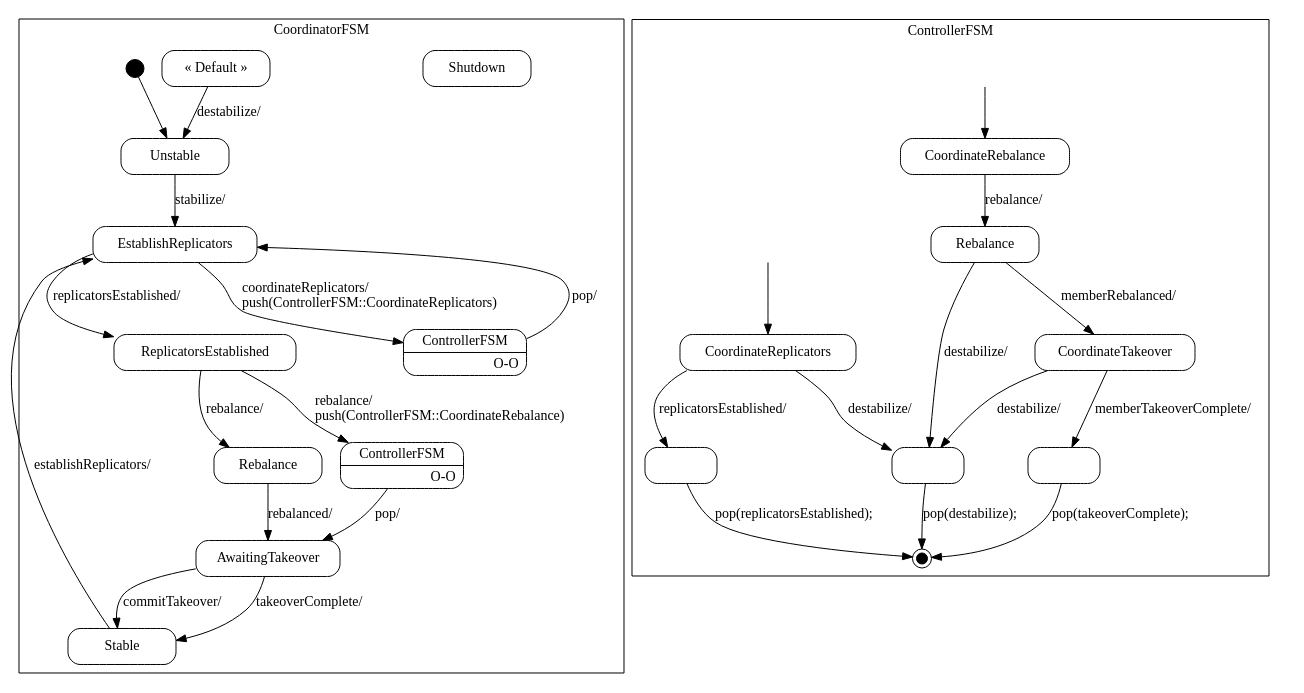
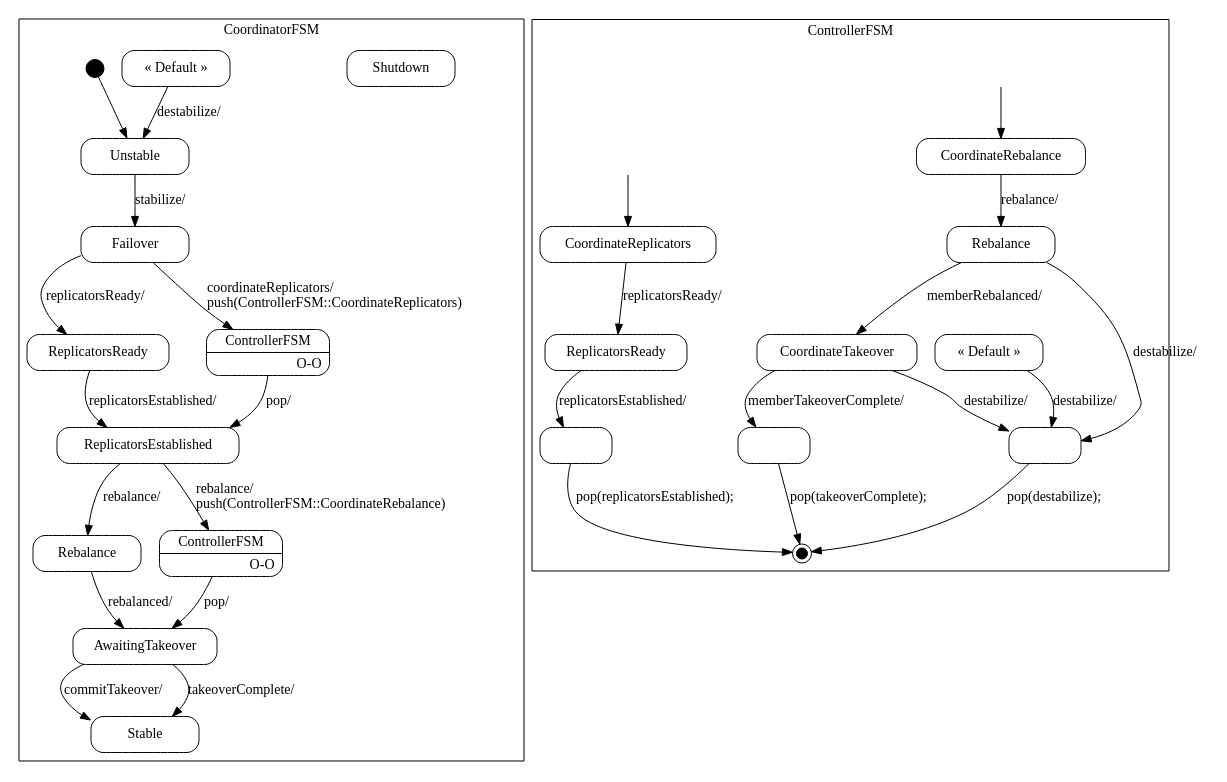
The diagram in spindle/doc/Coordinator_sm.dot (vmehra-sfdc/Ouroboros), drawn with Graphviz before and after one commit. The commit also changed 10 other files, not shown here.

Commit message:
Establish replicators in 2 phases to correctly handle single connections between processes.

```diff
--- a/spindle/doc/Coordinator_sm.dot
+++ b/spindle/doc/Coordinator_sm.dot
@@ -1,169 +1,181 @@
 digraph Coordinator_sm {
 
     node
         [shape=Mrecord width=1.5];
 
     subgraph cluster_CoordinatorFSM {
 
         label="CoordinatorFSM";
 
         //
         // States (Nodes)
         //
 
         "CoordinatorFSM::Unstable"
             [label="{Unstable}"];
 
         "CoordinatorFSM::Stable"
             [label="{Stable}"];
 
-        "CoordinatorFSM::EstablishReplicators"
-            [label="{EstablishReplicators}"];
+        "CoordinatorFSM::Failover"
+            [label="{Failover}"];
+
+        "CoordinatorFSM::ReplicatorsReady"
+            [label="{ReplicatorsReady}"];
 
         "CoordinatorFSM::ReplicatorsEstablished"
             [label="{ReplicatorsEstablished}"];
 
         "CoordinatorFSM::Rebalance"
             [label="{Rebalance}"];
 
         "CoordinatorFSM::AwaitingTakeover"
             [label="{AwaitingTakeover}"];
 
         "CoordinatorFSM::Shutdown"
             [label="{Shutdown}"];
 
         "CoordinatorFSM::DefaultState"
             [label="{&laquo; Default &raquo;}"];
 
-        "CoordinatorFSM::AwaitingTakeover::ControllerFSM"
+        "CoordinatorFSM::ReplicatorsEstablished::ControllerFSM"
             [label="{ControllerFSM|O-O\r}"]
 
-        "CoordinatorFSM::EstablishReplicators::ControllerFSM"
+        "CoordinatorFSM::AwaitingTakeover::ControllerFSM"
             [label="{ControllerFSM|O-O\r}"]
 
         "%start"
             [label="" shape=circle style=filled fillcolor=black width=0.25];
 
         //
         // Transitions (Edges)
         //
 
-        "CoordinatorFSM::Unstable" -> "CoordinatorFSM::EstablishReplicators"
+        "CoordinatorFSM::Unstable" -> "CoordinatorFSM::Failover"
             [label="stabilize/\l"];
 
-        "CoordinatorFSM::Stable" -> "CoordinatorFSM::EstablishReplicators"
-            [label="establishReplicators/\l"];
-
-        "CoordinatorFSM::EstablishReplicators" -> "CoordinatorFSM::EstablishReplicators::ControllerFSM"
+        "CoordinatorFSM::Failover" -> "CoordinatorFSM::ReplicatorsEstablished::ControllerFSM"
             [label="coordinateReplicators/\lpush(ControllerFSM::CoordinateReplicators)\l"];
 
-        "CoordinatorFSM::EstablishReplicators" -> "CoordinatorFSM::ReplicatorsEstablished"
+        "CoordinatorFSM::Failover" -> "CoordinatorFSM::ReplicatorsReady"
+            [label="replicatorsReady/\l"];
+
+        "CoordinatorFSM::ReplicatorsReady" -> "CoordinatorFSM::ReplicatorsEstablished"
             [label="replicatorsEstablished/\l"];
 
         "CoordinatorFSM::ReplicatorsEstablished" -> "CoordinatorFSM::AwaitingTakeover::ControllerFSM"
             [label="rebalance/\lpush(ControllerFSM::CoordinateRebalance)\l"];
 
         "CoordinatorFSM::ReplicatorsEstablished" -> "CoordinatorFSM::Rebalance"
             [label="rebalance/\l"];
 
         "CoordinatorFSM::Rebalance" -> "CoordinatorFSM::AwaitingTakeover"
             [label="rebalanced/\l"];
 
         "CoordinatorFSM::AwaitingTakeover" -> "CoordinatorFSM::Stable"
             [label="commitTakeover/\l"];
 
         "CoordinatorFSM::AwaitingTakeover" -> "CoordinatorFSM::Stable"
             [label="takeoverComplete/\l"];
 
         "CoordinatorFSM::DefaultState" -> "CoordinatorFSM::Unstable"
             [label="destabilize/\l"];
 
-        "CoordinatorFSM::AwaitingTakeover::ControllerFSM" -> "CoordinatorFSM::AwaitingTakeover"
+        "CoordinatorFSM::ReplicatorsEstablished::ControllerFSM" -> "CoordinatorFSM::ReplicatorsEstablished"
             [label="pop/"]
 
-        "CoordinatorFSM::EstablishReplicators::ControllerFSM" -> "CoordinatorFSM::EstablishReplicators"
+        "CoordinatorFSM::AwaitingTakeover::ControllerFSM" -> "CoordinatorFSM::AwaitingTakeover"
             [label="pop/"]
 
         "%start" -> "CoordinatorFSM::Unstable"
     }
 
     subgraph cluster_ControllerFSM {
 
         label="ControllerFSM";
 
         //
         // States (Nodes)
         //
 
         "ControllerFSM::CoordinateReplicators"
             [label="{CoordinateReplicators}"];
 
+        "ControllerFSM::ReplicatorsReady"
+            [label="{ReplicatorsReady}"];
+
         "ControllerFSM::CoordinateRebalance"
             [label="{CoordinateRebalance}"];
 
         "ControllerFSM::Rebalance"
             [label="{Rebalance}"];
 
         "ControllerFSM::CoordinateTakeover"
             [label="{CoordinateTakeover}"];
+
+        "ControllerFSM::DefaultState"
+            [label="{&laquo; Default &raquo;}"];
 
         "ControllerFSM::pop(destabilize)"
             [label="" width=1]
 
         "ControllerFSM::pop(takeoverComplete)"
             [label="" width=1]
 
         "ControllerFSM::pop(replicatorsEstablished)"
             [label="" width=1]
 
         "ControllerFSM::%end"
             [label="" shape=doublecircle style=filled fillcolor=black width=0.15];
 
         "push(ControllerFSM::CoordinateRebalance)"
             [label="" shape=plaintext];
 
         "push(ControllerFSM::CoordinateReplicators)"
             [label="" shape=plaintext];
 
         //
         // Transitions (Edges)
         //
 
-        "ControllerFSM::CoordinateReplicators" -> "ControllerFSM::pop(replicatorsEstablished)"
+        "ControllerFSM::CoordinateReplicators" -> "ControllerFSM::ReplicatorsReady"
+            [label="replicatorsReady/\l"];
+
+        "ControllerFSM::ReplicatorsReady" -> "ControllerFSM::pop(replicatorsEstablished)"
             [label="replicatorsEstablished/\l"];
-
-        "ControllerFSM::CoordinateReplicators" -> "ControllerFSM::pop(destabilize)"
-            [label="destabilize/\l"];
 
         "ControllerFSM::CoordinateRebalance" -> "ControllerFSM::Rebalance"
             [label="rebalance/\l"];
 
         "ControllerFSM::Rebalance" -> "ControllerFSM::CoordinateTakeover"
             [label="memberRebalanced/\l"];
 
         "ControllerFSM::Rebalance" -> "ControllerFSM::pop(destabilize)"
             [label="destabilize/\l"];
 
         "ControllerFSM::CoordinateTakeover" -> "ControllerFSM::pop(takeoverComplete)"
             [label="memberTakeoverComplete/\l"];
 
         "ControllerFSM::CoordinateTakeover" -> "ControllerFSM::pop(destabilize)"
+            [label="destabilize/\l"];
+
+        "ControllerFSM::DefaultState" -> "ControllerFSM::pop(destabilize)"
             [label="destabilize/\l"];
 
         "ControllerFSM::pop(destabilize)" -> "ControllerFSM::%end"
             [label="pop(destabilize);\l"];
 
         "ControllerFSM::pop(takeoverComplete)" -> "ControllerFSM::%end"
             [label="pop(takeoverComplete);\l"];
 
         "ControllerFSM::pop(replicatorsEstablished)" -> "ControllerFSM::%end"
             [label="pop(replicatorsEstablished);\l"];
 
         "push(ControllerFSM::CoordinateRebalance)" -> "ControllerFSM::CoordinateRebalance"
             [arrowtail=odot];
 
         "push(ControllerFSM::CoordinateReplicators)" -> "ControllerFSM::CoordinateReplicators"
             [arrowtail=odot];
     }
 
 }
```
